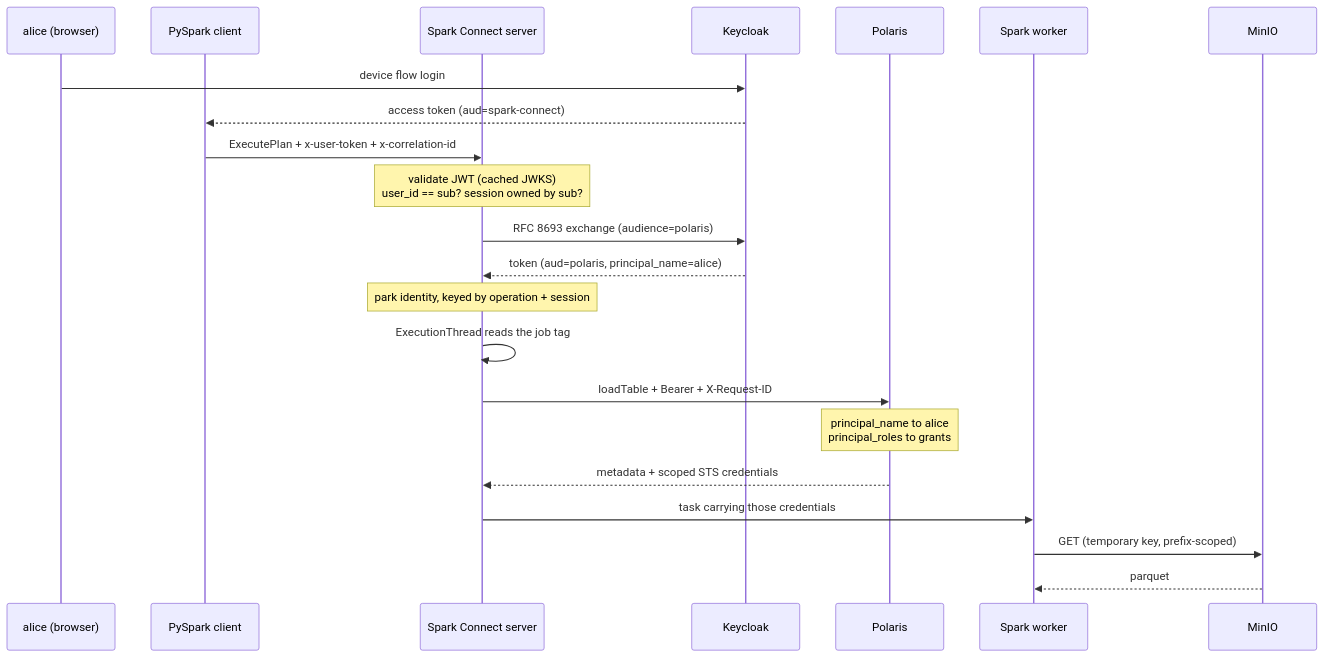
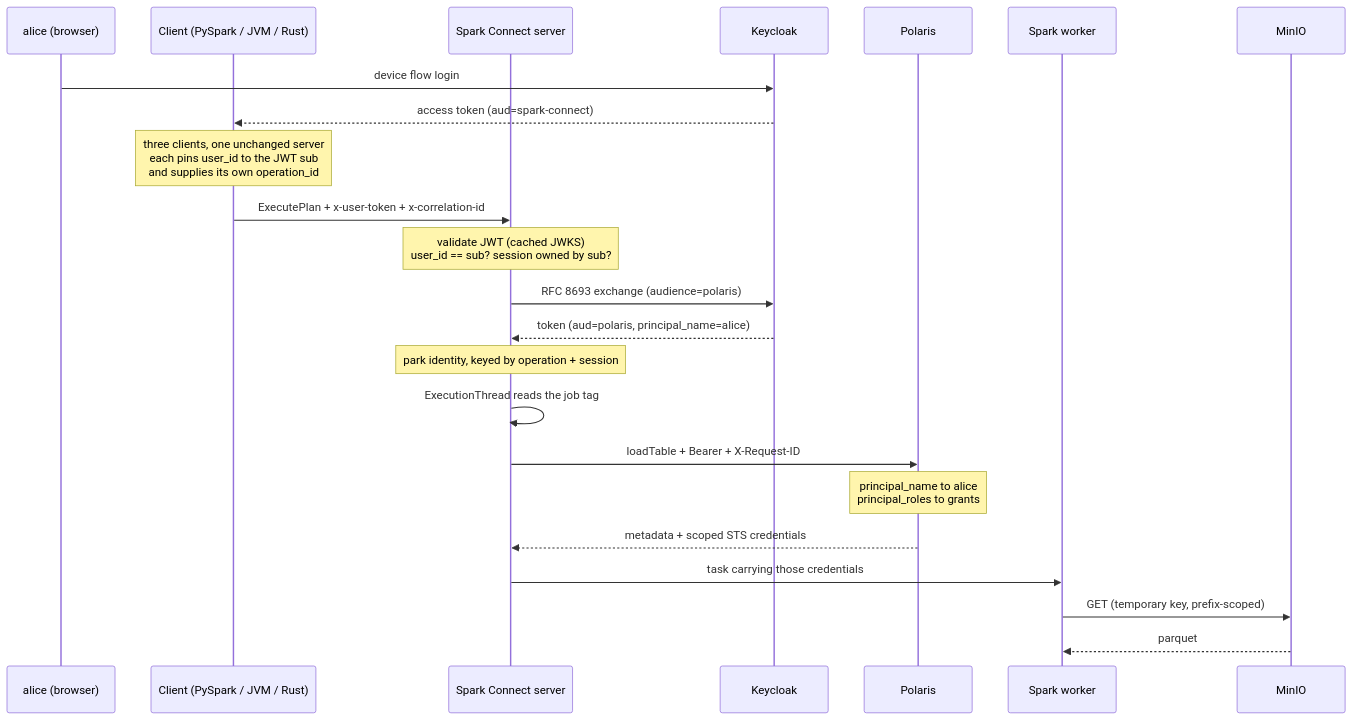
The diagram in README.md (larsw/spark-connect-auth-context-propagation), drawn with Mermaid before and after one commit. The commit also changed other lines of this file, not shown here.

First line of the commit message:
Show all three clients in the query-path diagram

````diff
--- a/README.md
+++ b/README.md
@@ -65,25 +65,26 @@
 ```mermaid
 sequenceDiagram
     participant U as alice (browser)
-    participant C as PySpark client
+    participant C as Client (PySpark / JVM / Rust)
     participant S as Spark Connect server
     participant K as Keycloak
     participant P as Polaris
     participant W as Spark worker
     participant M as MinIO
 
     U->>K: device flow login
     K-->>C: access token (aud=spark-connect)
+    Note over C: three clients, one unchanged server<br/>each pins user_id to the JWT sub<br/>and supplies its own operation_id
     C->>S: ExecutePlan + x-user-token + x-correlation-id
     Note over S: validate JWT (cached JWKS)<br/>user_id == sub? session owned by sub?
     S->>K: RFC 8693 exchange (audience=polaris)
     K-->>S: token (aud=polaris, principal_name=alice)
     Note over S: park identity, keyed by operation + session
     S->>S: ExecutionThread reads the job tag
     S->>P: loadTable + Bearer + X-Request-ID
     Note over P: principal_name to alice<br/>principal_roles to grants
     P-->>S: metadata + scoped STS credentials
     S->>W: task carrying those credentials
     W->>M: GET (temporary key, prefix-scoped)
     M-->>W: parquet
 ```
````
